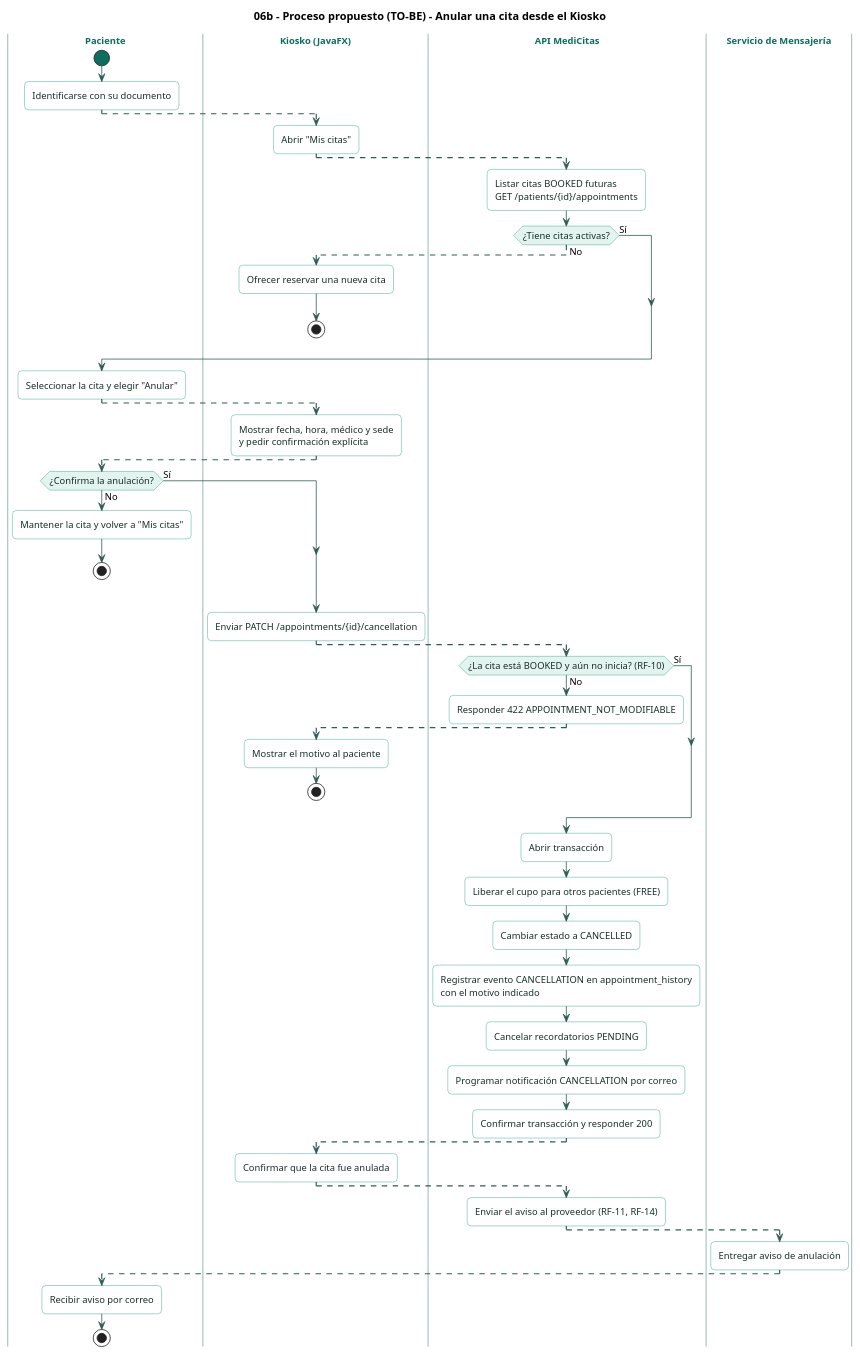
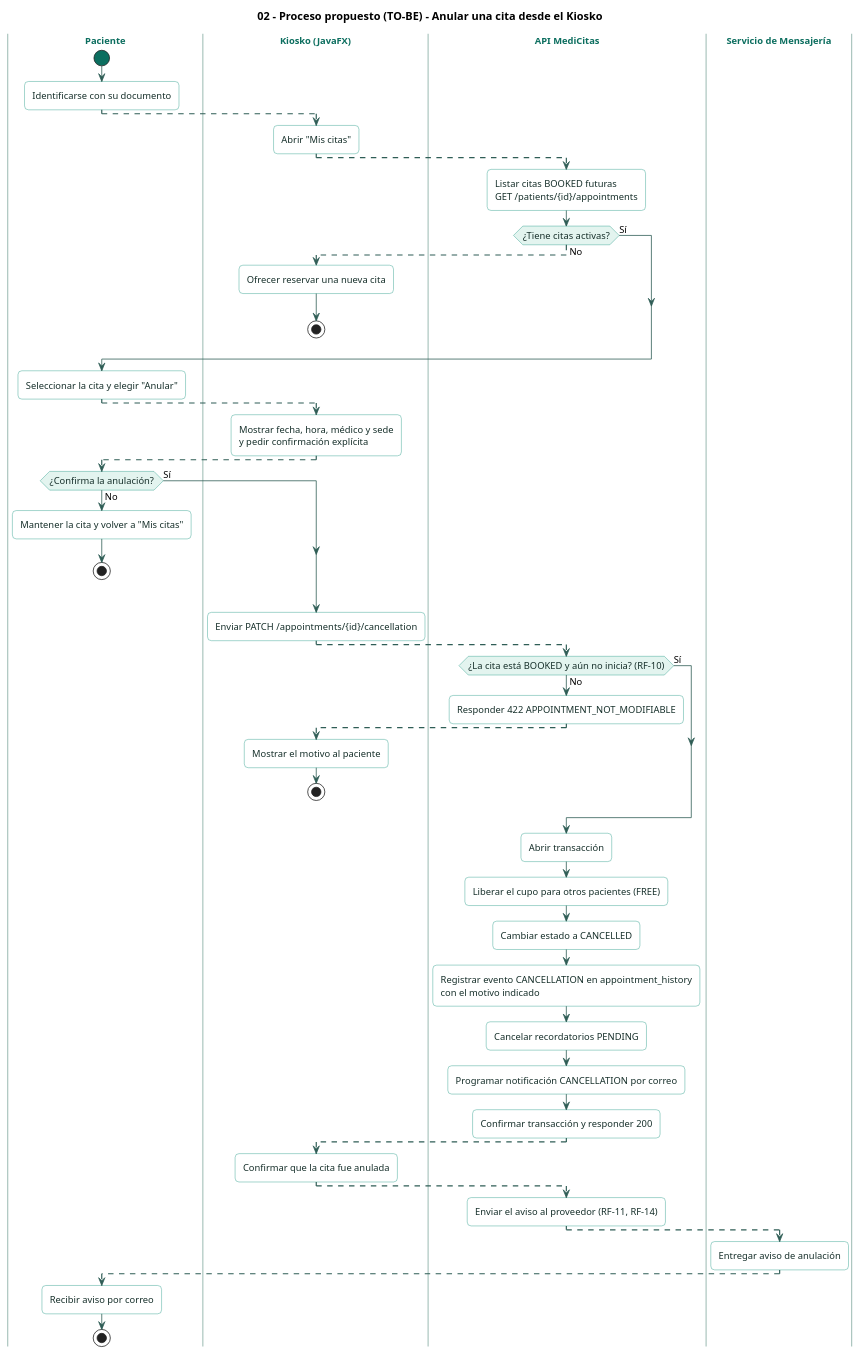
Before and after one commit to Jimena-CC/ProyectoCitasMedicas: the diagram in docs/diagrams/processes/proposed/02-process-cancellation.puml, drawn with PlantUML. The commit also changed 11 other files, not shown here.

Commit message:
docs(diagramas): quitar numeración de los títulos de los diagramas

```diff
--- a/docs/diagrams/processes/proposed/02-process-cancellation.puml
+++ b/docs/diagrams/processes/proposed/02-process-cancellation.puml
@@ -1,111 +1,111 @@
 @startuml
-title 06b - Proceso propuesto (TO-BE) - Anular una cita desde el Kiosko
+title 02 - Proceso propuesto (TO-BE) - Anular una cita desde el Kiosko
 
 skinparam shadowing false
 skinparam roundCorner 10
 skinparam defaultFontName "Helvetica"
 skinparam defaultFontSize 12
 skinparam ArrowColor #2F5D56
 skinparam SwimlaneBorderColor #A9C4BD
 skinparam SwimlaneTitleFontColor #0C6E5F
 skinparam SwimlaneTitleFontStyle bold
 skinparam activity {
   BackgroundColor #FFFFFF
   BorderColor #13917D
   FontColor #17302B
   DiamondBackgroundColor #E3F4EF
   DiamondBorderColor #13917D
   StartColor #0C6E5F
   EndColor #0C6E5F
 }
 skinparam note {
   BackgroundColor #FFF8E6
   BorderColor #D9B45A
   FontColor #3D3321
 }
 
 ' Orden de los carriles
 |Paciente|
 |Kiosko (JavaFX)|
 |API MediCitas|
 |Servicio de Mensajería|
 
 |Paciente|
 start
 :Identificarse con su documento;
 -[#2F5D56,dashed]->
 
 |Kiosko (JavaFX)|
 :Abrir "Mis citas";
 -[#2F5D56,dashed]->
 
 |API MediCitas|
 :Listar citas BOOKED futuras
 GET /patients/{id}/appointments;
 
 if (¿Tiene citas activas?) then (No)
   -[#2F5D56,dashed]->
   |Kiosko (JavaFX)|
   :Ofrecer reservar una nueva cita;
   stop
 else (Sí)
 endif
 -[#2F5D56,dashed]->
 
 |Paciente|
 :Seleccionar la cita y elegir "Anular";
 -[#2F5D56,dashed]->
 
 |Kiosko (JavaFX)|
 :Mostrar fecha, hora, médico y sede\ny pedir confirmación explícita;
 -[#2F5D56,dashed]->
 
 |Paciente|
 if (¿Confirma la anulación?) then (No)
   :Mantener la cita y volver a "Mis citas";
   stop
 else (Sí)
 endif
 -[#2F5D56,dashed]->
 
 |Kiosko (JavaFX)|
 :Enviar PATCH /appointments/{id}/cancellation;
 -[#2F5D56,dashed]->
 
 |API MediCitas|
 if (¿La cita está BOOKED y aún no inicia? (RF-10)) then (No)
   :Responder 422 APPOINTMENT_NOT_MODIFIABLE;
   -[#2F5D56,dashed]->
   |Kiosko (JavaFX)|
   :Mostrar el motivo al paciente;
   stop
 else (Sí)
 endif
 
 |API MediCitas|
 :Abrir transacción;
 :Liberar el cupo para otros pacientes (FREE);
 :Cambiar estado a CANCELLED;
 :Registrar evento CANCELLATION en appointment_history\ncon el motivo indicado;
 :Cancelar recordatorios PENDING;
 :Programar notificación CANCELLATION por correo;
 :Confirmar transacción y responder 200;
 -[#2F5D56,dashed]->
 
 |Kiosko (JavaFX)|
 :Confirmar que la cita fue anulada;
 -[#2F5D56,dashed]->
 
 |API MediCitas|
 :Enviar el aviso al proveedor (RF-11, RF-14);
 -[#2F5D56,dashed]->
 
 |Servicio de Mensajería|
 :Entregar aviso de anulación;
 -[#2F5D56,dashed]->
 
 |Paciente|
 :Recibir aviso por correo;
 stop
 
 @enduml
```
